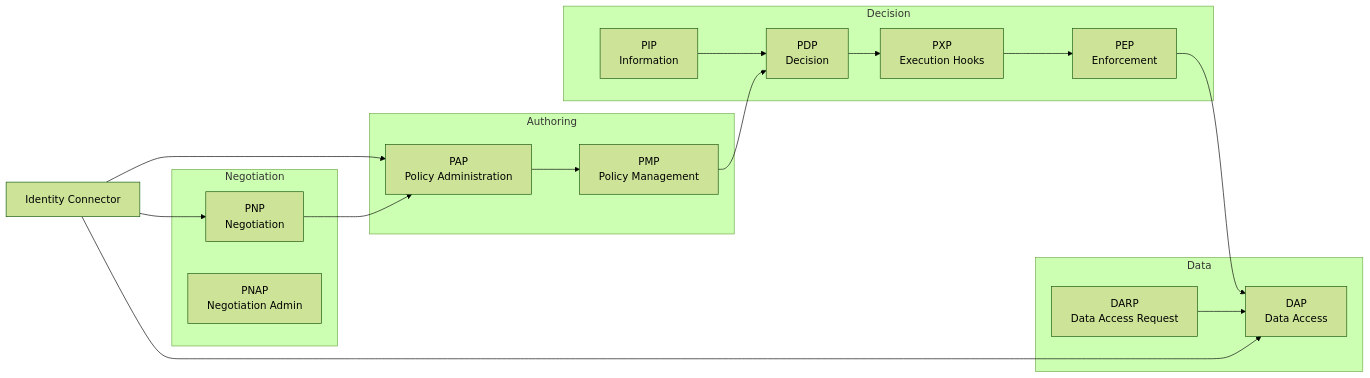
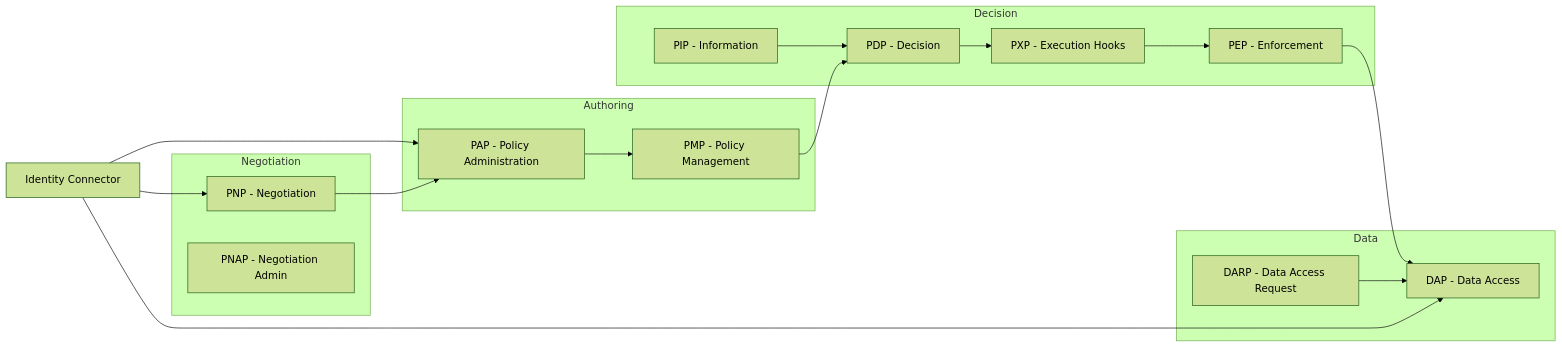
The diagram in docs/architecture.md (3sixtyglobal/twin-rights-management), drawn with Mermaid (forest theme) before and after one commit.

Commit message:
docs: add architecture doc

````diff
--- a/docs/architecture.md
+++ b/docs/architecture.md
@@ -28,29 +28,29 @@
 ```mermaid
 flowchart LR
   subgraph Authoring
-    PAP["PAP\nPolicy Administration"]
-    PMP["PMP\nPolicy Management"]
+    PAP["PAP - Policy Administration"]
+    PMP["PMP - Policy Management"]
   end
   subgraph Decision
-    PIP["PIP\nInformation"]
-    PDP["PDP\nDecision"]
-    PXP["PXP\nExecution Hooks"]
-    PEP["PEP\nEnforcement"]
+    PIP["PIP - Information"]
+    PDP["PDP - Decision"]
+    PXP["PXP - Execution Hooks"]
+    PEP["PEP - Enforcement"]
   end
   subgraph Negotiation
-    PNP["PNP\nNegotiation"]
-    PNAP["PNAP\nNegotiation Admin"]
+    PNP["PNP - Negotiation"]
+    PNAP["PNAP - Negotiation Admin"]
   end
   subgraph Data
-    DAP["DAP\nData Access"]
-    DARP["DARP\nData Access Request"]
+    DAP["DAP - Data Access"]
+    DARP["DARP - Data Access Request"]
   end
   ID["Identity Connector"]:::ext --> PAP
   ID --> PNP
   ID --> DAP
   PAP --> PMP --> PDP
   PIP --> PDP
   PDP --> PXP --> PEP --> DAP
   PNP --> PAP
   DARP --> DAP
 ```
````
